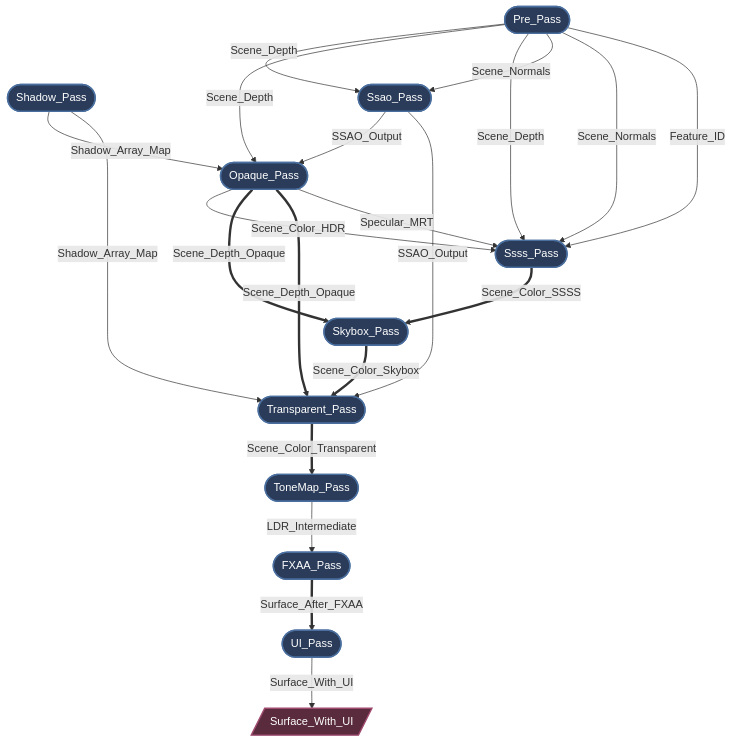
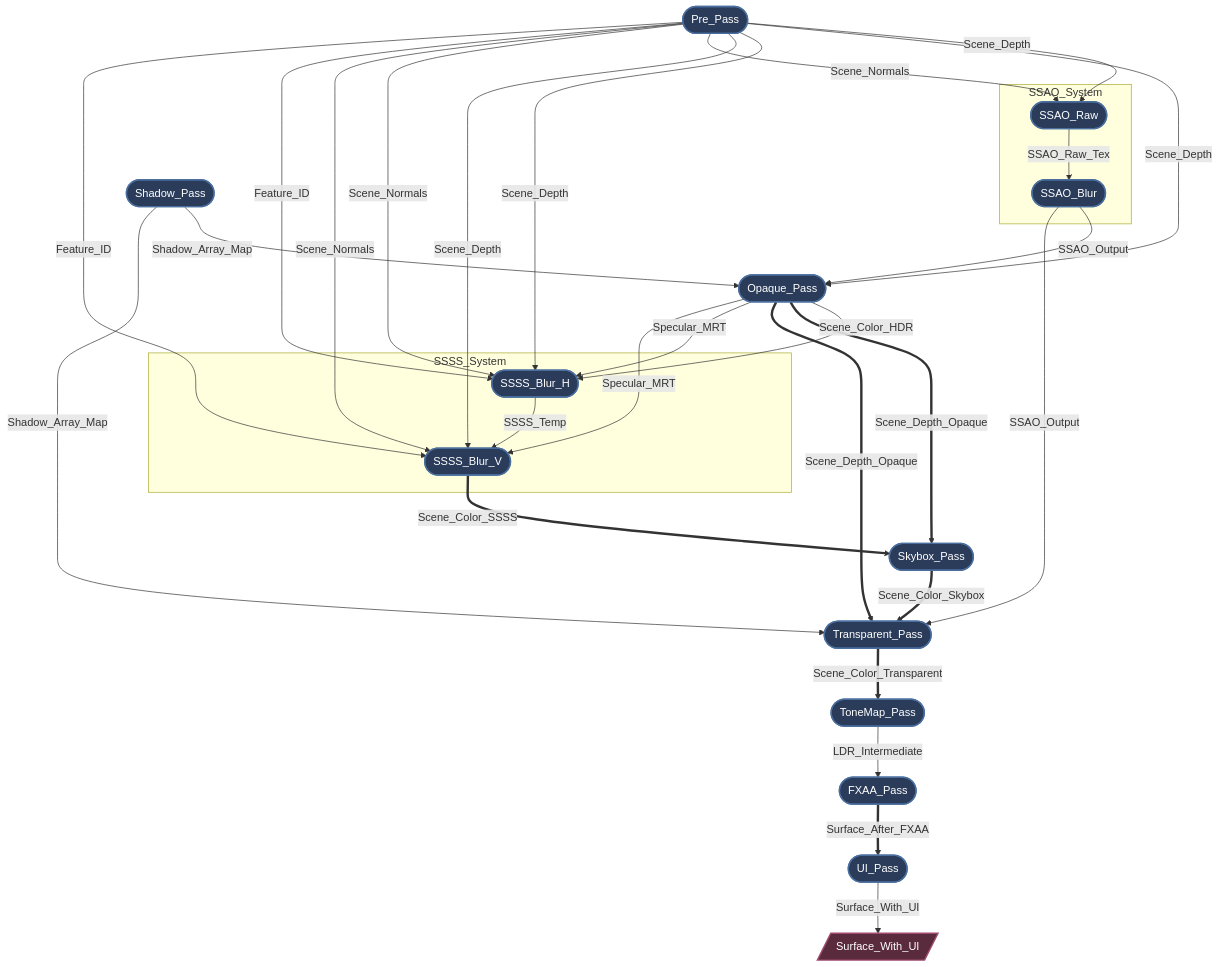
Before and after one commit to panxinmiao/myth: the first of 3 diagrams in docs/RenderGraph.md, drawn with Mermaid. The commit also changed other lines of this file and 16 other files, not shown here.

Commit message:
support sub graph

````diff
--- a/docs/RenderGraph.md
+++ b/docs/RenderGraph.md
@@ -70,42 +73,54 @@
 ```mermaid
 flowchart
     classDef alive fill:#2b3c5a,stroke:#4a6f9f,stroke-width:2px,color:#fff,rx:5,ry:5;
     classDef dead fill:#222,stroke:#555,stroke-width:2px,stroke-dasharray: 5 5,color:#777,rx:5,ry:5;
     classDef external fill:#5a2b3c,stroke:#9f4a6f,stroke-width:2px,color:#fff;
 
     %% --- Passes (Nodes) ---
     P0(["Shadow_Pass"]):::alive
     P1(["Pre_Pass"]):::alive
-    P2(["Ssao_Pass"]):::alive
-    P3(["Opaque_Pass"]):::alive
-    P4(["Ssss_Pass"]):::alive
-    P5(["Skybox_Pass"]):::alive
-    P6(["Transparent_Pass"]):::alive
-    P7(["ToneMap_Pass"]):::alive
-    P8(["FXAA_Pass"]):::alive
-    P9(["UI_Pass"]):::alive
+    subgraph SSAO_System ["SSAO_System"]
+        P2(["SSAO_Raw"]):::alive
+        P3(["SSAO_Blur"]):::alive
+    end
+    P4(["Opaque_Pass"]):::alive
+    subgraph SSSS_System ["SSSS_System"]
+        P5(["SSSS_Blur_H"]):::alive
+        P6(["SSSS_Blur_V"]):::alive
+    end
+    P7(["Skybox_Pass"]):::alive
+    P8(["Transparent_Pass"]):::alive
+    P9(["ToneMap_Pass"]):::alive
+    P10(["FXAA_Pass"]):::alive
+    P11(["UI_Pass"]):::alive
 
     %% --- Data Flow (Edges) ---
-    P0 -->|"Shadow_Array_Map"| P3;
-    P0 -->|"Shadow_Array_Map"| P6;
+    P0 -->|"Shadow_Array_Map"| P4;
+    P0 -->|"Shadow_Array_Map"| P8;
     P1 -->|"Scene_Depth"| P2;
-    P1 -->|"Scene_Depth"| P3;
     P1 -->|"Scene_Depth"| P4;
+    P1 -->|"Scene_Depth"| P5;
+    P1 -->|"Scene_Depth"| P6;
     P1 -->|"Scene_Normals"| P2;
-    P1 -->|"Scene_Normals"| P4;
-    P1 -->|"Feature_ID"| P4;
-    P2 -->|"SSAO_Output"| P3;
-    P2 -->|"SSAO_Output"| P6;
-    P3 -->|"Scene_Color_HDR"| P4;
-    P3 ==>|"Scene_Depth_Opaque"| P5;
-    P3 ==>|"Scene_Depth_Opaque"| P6;
-    P3 -->|"Specular_MRT"| P4;
-    P4 ==>|"Scene_Color_SSSS"| P5;
-    P5 ==>|"Scene_Color_Skybox"| P6;
-    P6 ==>|"Scene_Color_Transparent"| P7;
-    P7 -->|"LDR_Intermediate"| P8;
-    P8 ==>|"Surface_After_FXAA"| P9;
+    P1 -->|"Scene_Normals"| P5;
+    P1 -->|"Scene_Normals"| P6;
+    P1 -->|"Feature_ID"| P5;
+    P1 -->|"Feature_ID"| P6;
+    P2 -->|"SSAO_Raw_Tex"| P3;
+    P3 -->|"SSAO_Output"| P4;
+    P3 -->|"SSAO_Output"| P8;
+    P4 -->|"Scene_Color_HDR"| P5;
+    P4 ==>|"Scene_Depth_Opaque"| P7;
+    P4 ==>|"Scene_Depth_Opaque"| P8;
+    P4 -->|"Specular_MRT"| P5;
+    P4 -->|"Specular_MRT"| P6;
+    P5 -->|"SSSS_Temp"| P6;
+    P6 ==>|"Scene_Color_SSSS"| P7;
+    P7 ==>|"Scene_Color_Skybox"| P8;
+    P8 ==>|"Scene_Color_Transparent"| P9;
+    P9 -->|"LDR_Intermediate"| P10;
+    P10 ==>|"Surface_After_FXAA"| P11;
     OUT_16[/"Surface_With_UI"/]:::external
-    P9 -->|"Surface_With_UI"| OUT_16;
+    P11 -->|"Surface_With_UI"| OUT_16;
 
 ```
````
